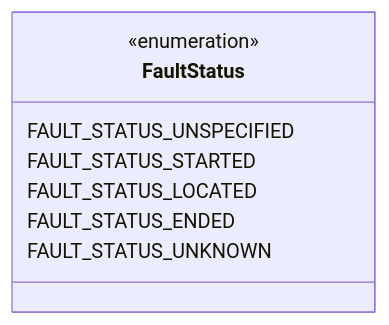
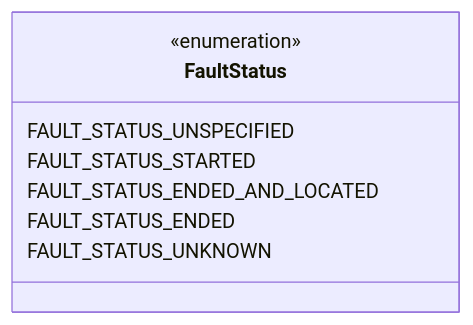
Before and after one commit to zaphiro-technologies/protobuf: the third of 7 diagrams in docs/fault.proto.md, drawn with Mermaid. The commit also changed other lines of this file and 6 other files, not shown here.

````diff
--- a/docs/fault.proto.md
+++ b/docs/fault.proto.md
@@ -168,14 +168,14 @@
 ```mermaid
 classDiagram
 direction LR
 %% The collection of Fault Status defined so far.
 
 class FaultStatus{
   <<enumeration>>
   FAULT_STATUS_UNSPECIFIED
   FAULT_STATUS_STARTED
-  FAULT_STATUS_LOCATED
+  FAULT_STATUS_ENDED_AND_LOCATED
   FAULT_STATUS_ENDED
   FAULT_STATUS_UNKNOWN
 }
 ```
````
